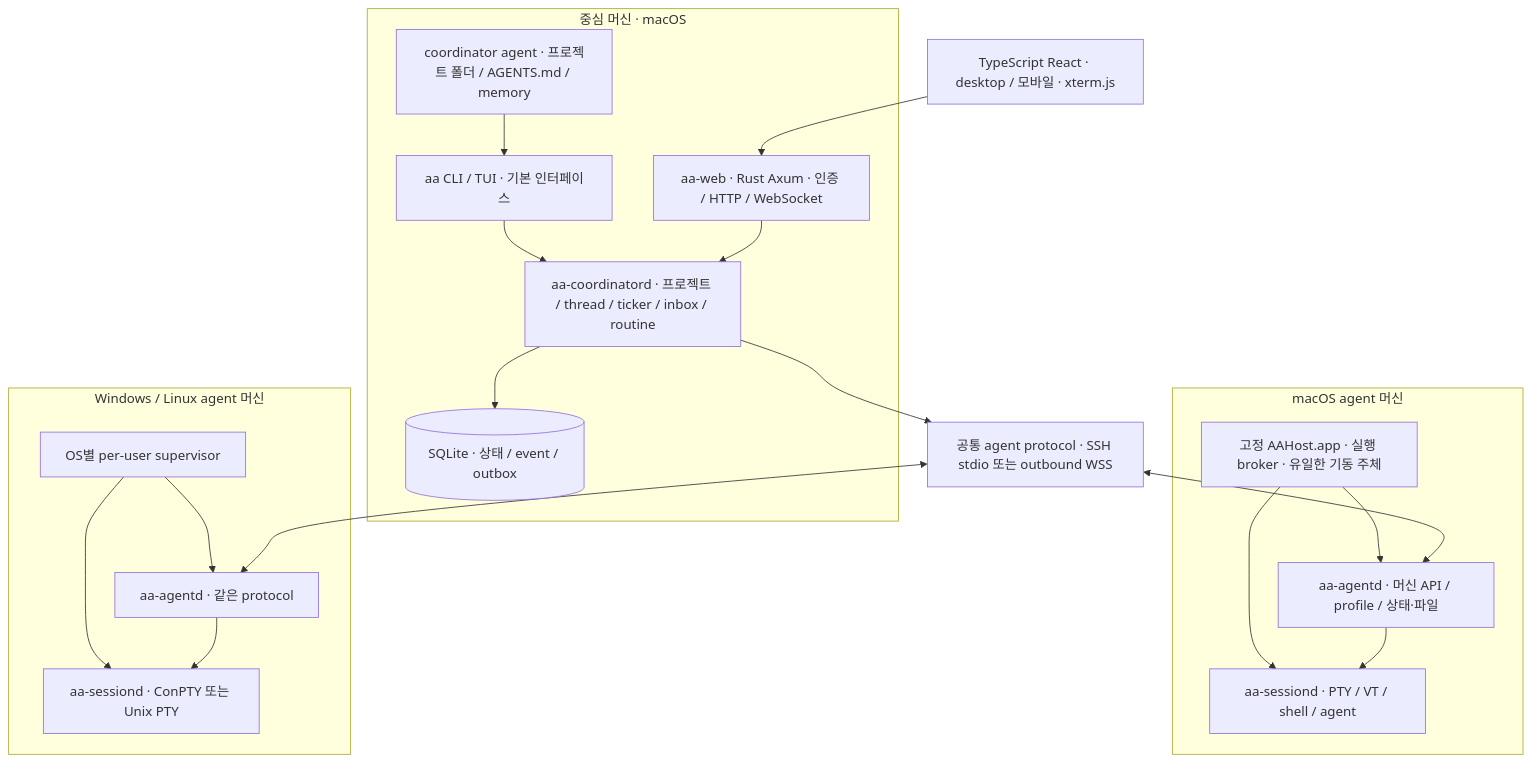
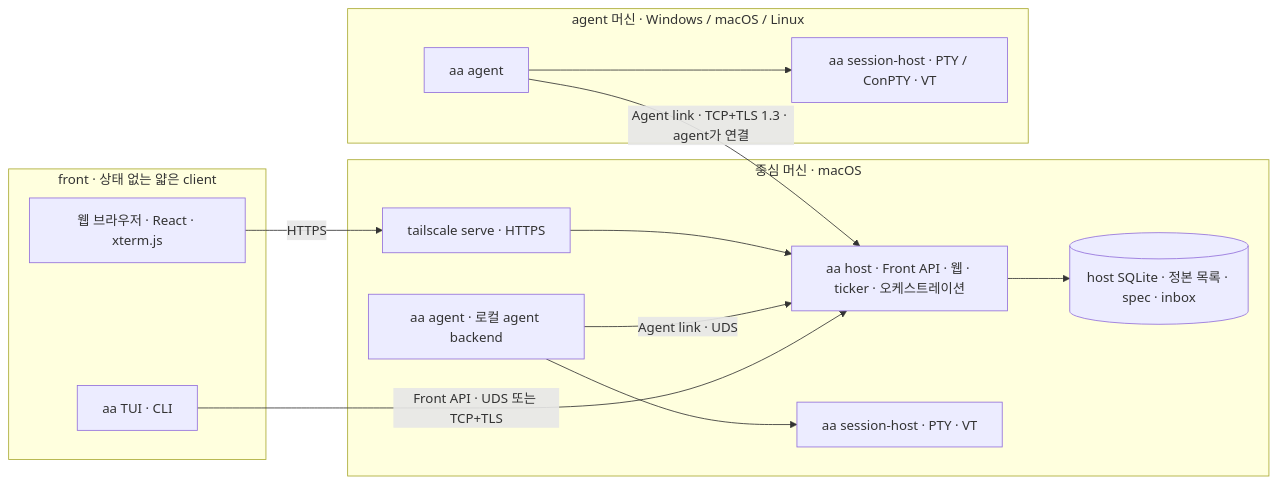
The first of 2 diagrams in docs/plan.md (cLazyZombie/aa), drawn with Mermaid before and after one commit. The commit also changed other lines of this file and 3 other files, not shown here.

````diff
--- a/docs/plan.md
+++ b/docs/plan.md
@@ -62,34 +127,26 @@
 ```mermaid
-flowchart TB
-  subgraph CENTER[중심 머신 · macOS]
-    C[coordinator agent · 프로젝트 폴더 / AGENTS.md / memory]
-    CLI[aa CLI / TUI · 기본 인터페이스]
-    D[aa-coordinatord · 프로젝트 / thread / ticker / inbox / routine]
-    DB[(SQLite · 상태 / event / outbox)]
-    W[aa-web · Rust Axum · 인증 / HTTP / WebSocket]
-    C --> CLI
-    CLI --> D
-    D --> DB
-    W --> D
+flowchart LR
+  subgraph FRONT[front · 상태 없는 얇은 client]
+    TUI[aa TUI · CLI]
+    BR[웹 브라우저 · React · xterm.js]
   end
-  B[TypeScript React · desktop / 모바일 · xterm.js] --> W
-  D --> TRANSPORT[공통 agent protocol · SSH stdio 또는 outbound WSS]
-  subgraph MAC[macOS agent 머신]
-    H[고정 AAHost.app · 실행 broker · 유일한 기동 주체]
-    A[aa-agentd · 머신 API / profile / 상태·파일]
-    S[aa-sessiond · PTY / VT / shell / agent]
-    H --> A
-    H --> S
-    A --> S
+  subgraph HOSTM[중심 머신 · macOS]
+    TS[tailscale serve · HTTPS]
+    H[aa host · Front API · 웹 · ticker · 오케스트레이션]
+    HDB[(host SQLite · 정본 목록 · spec · inbox)]
+    LA[aa agent · 로컬 agent backend]
+    LS[aa session-host · PTY · VT]
+    TS --> H
+    H --> HDB
+    LA -- Agent link · UDS --> H
+    LA --> LS
   end
-  subgraph OTHER[Windows / Linux agent 머신]
-    SUP[OS별 per-user supervisor]
-    AG[aa-agentd · 같은 protocol]
-    SS[aa-sessiond · ConPTY 또는 Unix PTY]
-    SUP --> AG
-    SUP --> SS
-    AG --> SS
+  subgraph AGM[agent 머신 · Windows / macOS / Linux]
+    RA[aa agent]
+    RS[aa session-host · PTY / ConPTY · VT]
+    RA --> RS
   end
-  TRANSPORT <--> A
-  TRANSPORT <--> AG
+  TUI -- Front API · UDS 또는 TCP+TLS --> H
+  BR -- HTTPS --> TS
+  RA -- Agent link · TCP+TLS 1.3 · agent가 연결 --> H
 ```
````
